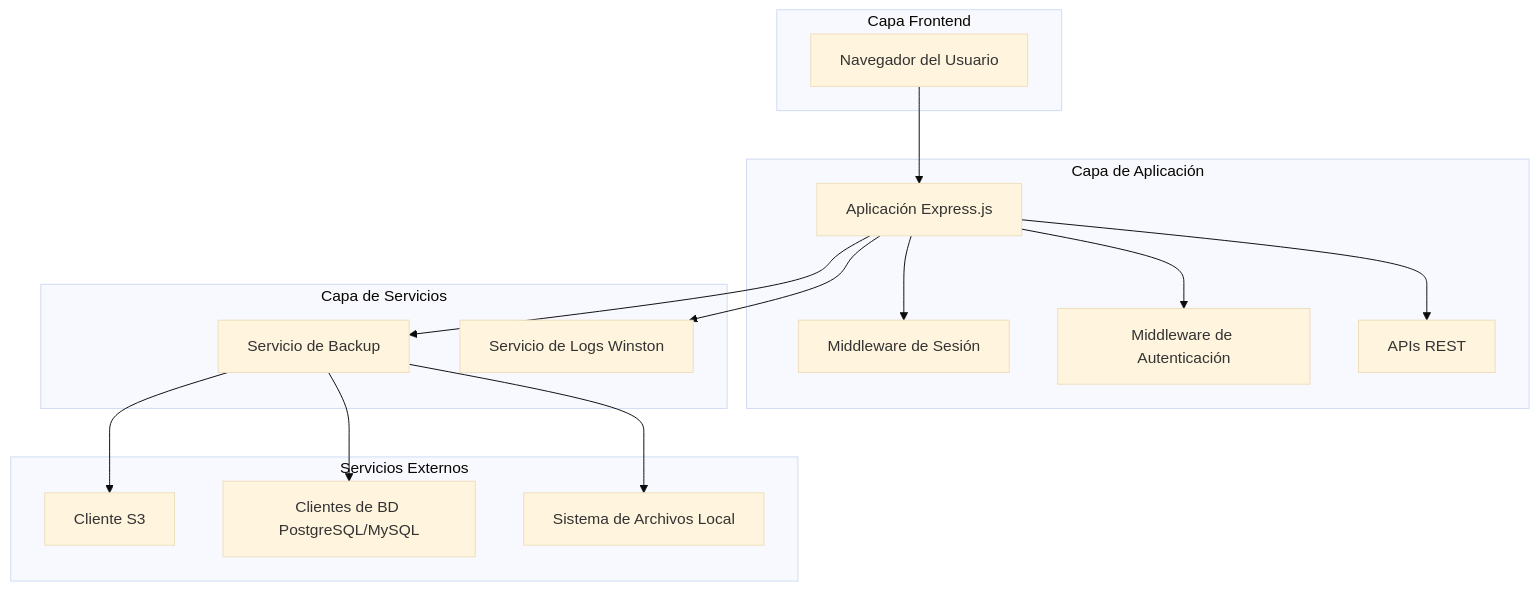
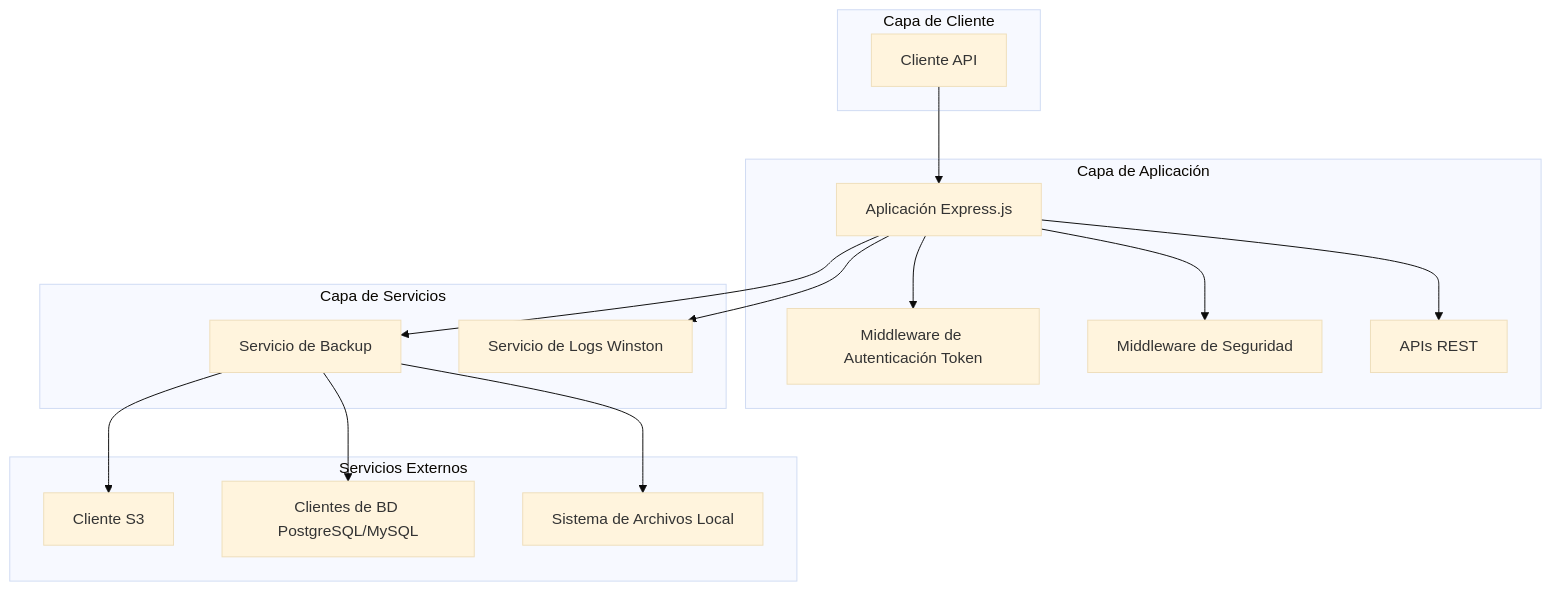
The first of 3 diagrams in .trae/documents/technical_architecture.md (agc-desarrollo/backup_s3), drawn with Mermaid (base theme) before and after one commit. The commit also changed other lines of this file and 1 other file, not shown here.

First line of the commit message:
docs: update product requirements and technical architecture for API-first approach

````diff
--- a/.trae/documents/technical_architecture.md
+++ b/.trae/documents/technical_architecture.md
@@ -5,34 +5,34 @@
 ```mermaid
 graph TD
-    A[Navegador del Usuario] --> B[Aplicación Express.js]
-    B --> C[Middleware de Sesión]
-    B --> D[Middleware de Autenticación]
+    A[Cliente API] --> B[Aplicación Express.js]
+    B --> C[Middleware de Autenticación Token]
+    B --> D[Middleware de Seguridad]
     B --> E[APIs REST]
     B --> F[Servicio de Backup]
     F --> G[Cliente S3]
     F --> H[Clientes de BD PostgreSQL/MySQL]
     F --> I[Sistema de Archivos Local]
     B --> J[Servicio de Logs Winston]
     
-    subgraph "Capa Frontend"
+    subgraph "Capa de Cliente"
         A
     end
     
     subgraph "Capa de Aplicación"
         B
         C
         D
         E
     end
     
     subgraph "Capa de Servicios"
         F
         J
     end
     
     subgraph "Servicios Externos"
         G
         H
         I
     end
 ```
````
